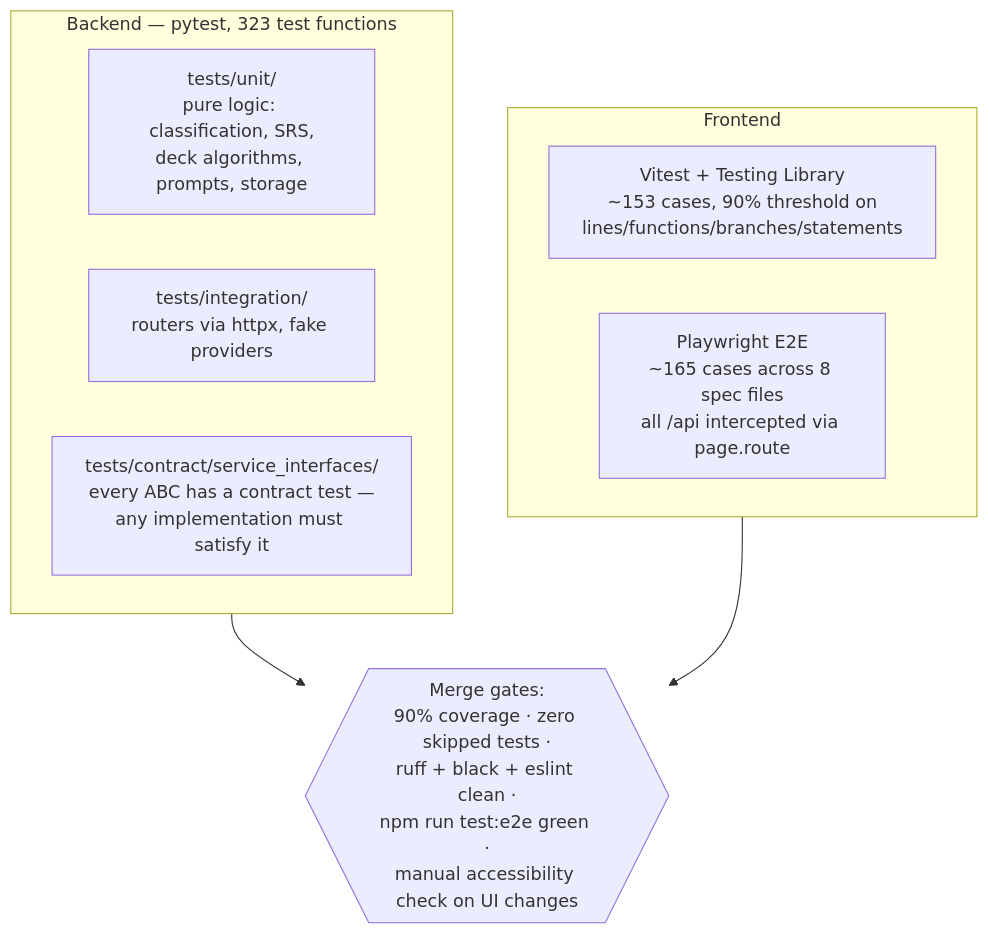
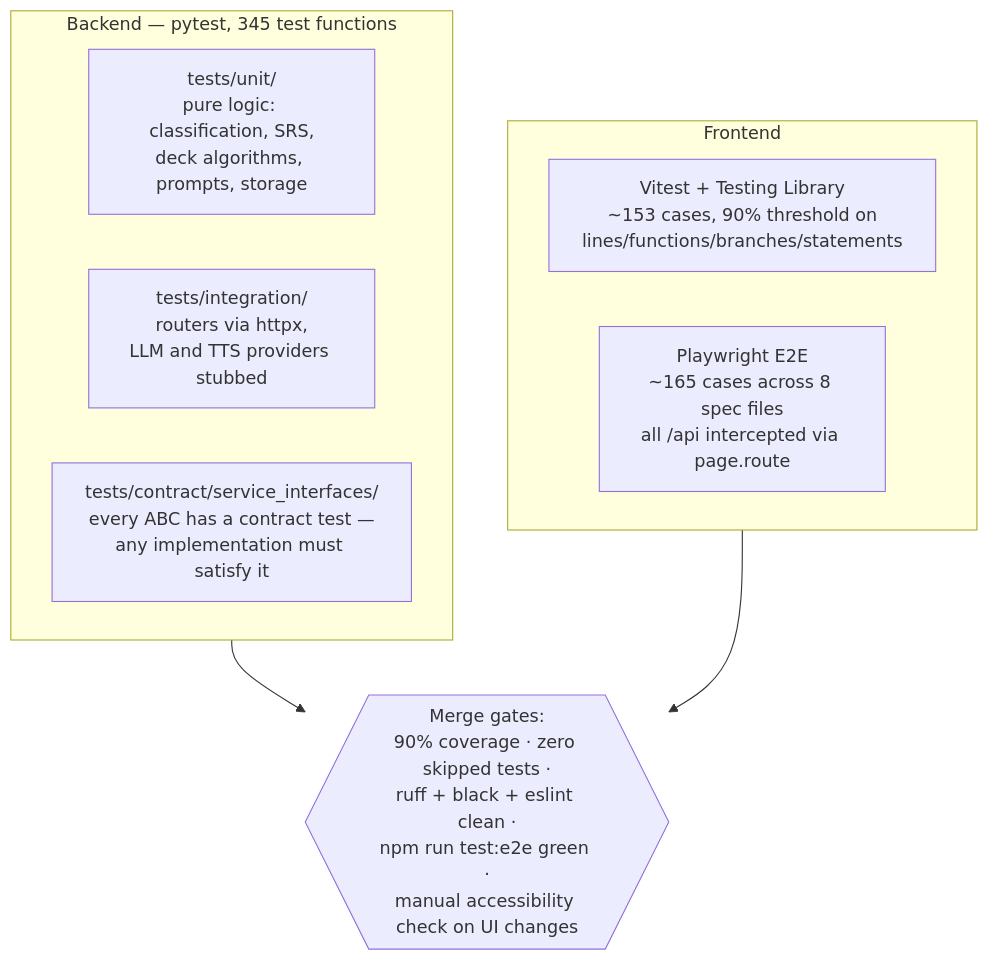
Diagram 11 of 12 in docs/architecture.md (Scott123180/open-language), drawn with Mermaid before and after one commit. The commit also changed other lines of this file and 24 other files, not shown here.

````diff
--- a/docs/architecture.md
+++ b/docs/architecture.md
@@ -830,18 +833,18 @@
 ```mermaid
 flowchart TB
-    subgraph BE["Backend — pytest, 323 test functions"]
+    subgraph BE["Backend — pytest, 345 test functions"]
         B1["tests/unit/<br/>pure logic: classification, SRS,<br/>deck algorithms, prompts, storage"]
-        B2["tests/integration/<br/>routers via httpx, fake providers"]
+        B2["tests/integration/<br/>routers via httpx,<br/>LLM and TTS providers stubbed"]
         B3["tests/contract/service_interfaces/<br/>every ABC has a contract test —<br/>any implementation must satisfy it"]
     end
 
     subgraph FE["Frontend"]
         F1["Vitest + Testing Library<br/>~153 cases, 90% threshold on<br/>lines/functions/branches/statements"]
         F2["Playwright E2E<br/>~165 cases across 8 spec files<br/>all /api intercepted via page.route"]
     end
 
     GATE{{"Merge gates:<br/>90% coverage · zero skipped tests ·<br/>ruff + black + eslint clean ·<br/>npm run test:e2e green ·<br/>manual accessibility check on UI changes"}}
 
     BE --> GATE
     FE --> GATE
 ```
````
